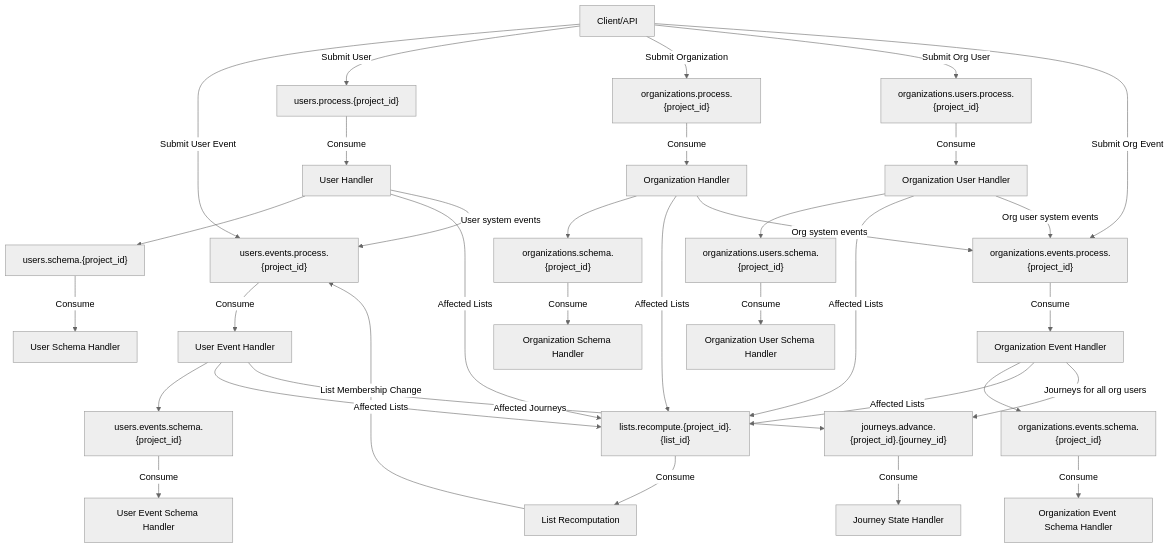
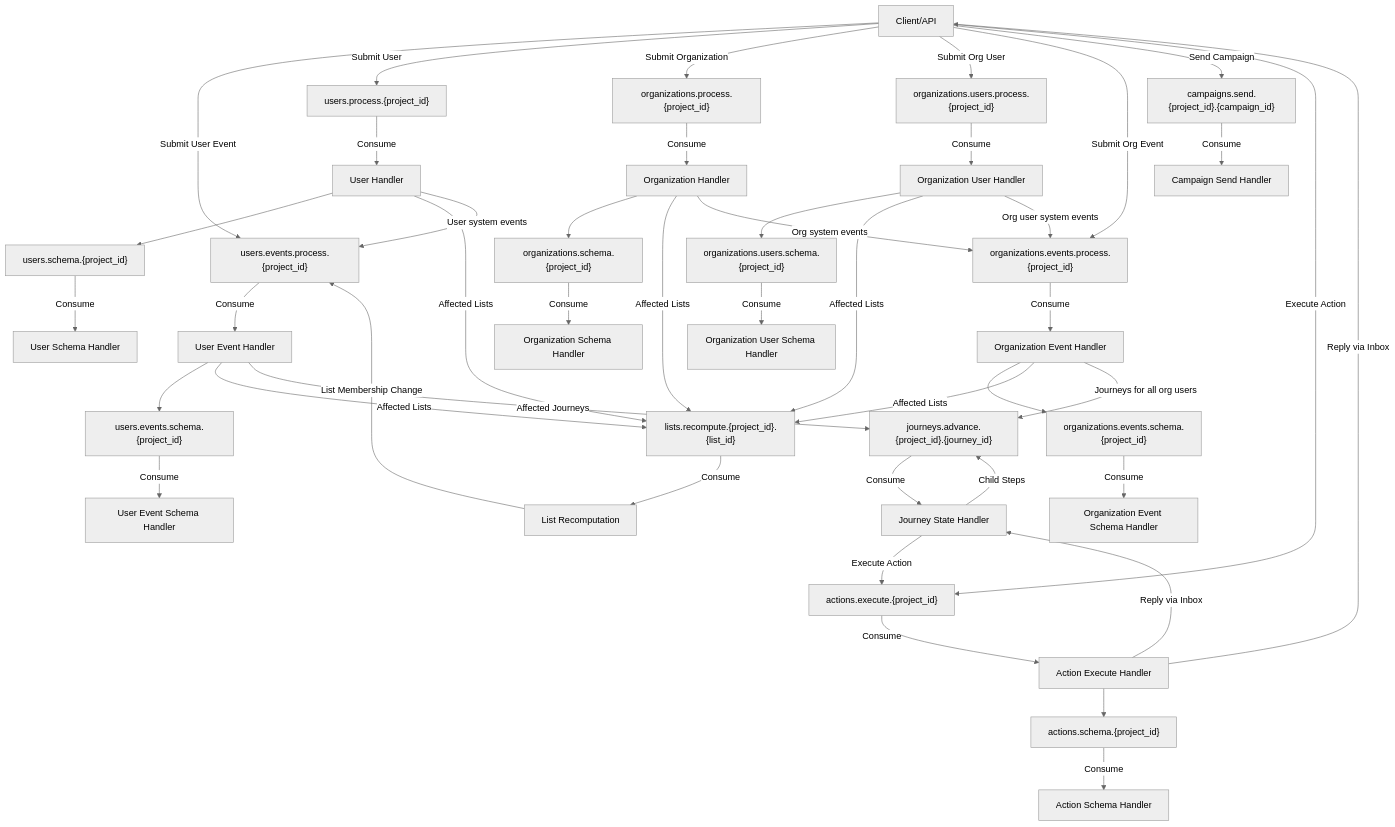
One commit to lunogram/platform changed the diagram in internal/pubsub/README.md. Above: the diagram before and after it, drawn with Mermaid (neutral theme). The commit also changed 83 other files, not shown here.

Commit message:
feat: include action execution and schema analysis

````diff
--- a/internal/pubsub/README.md
+++ b/internal/pubsub/README.md
@@ -11,51 +11,65 @@
 ```mermaid
 graph TB
     Client[Client/API] -->|Submit User Event| EventSubject["users.events.process.{project_id}"]
     Client -->|Submit User| UserSubject["users.process.{project_id}"]
     Client -->|Submit Organization| OrgSubject["organizations.process.{project_id}"]
     Client -->|Submit Org User| OrgUserSubject["organizations.users.process.{project_id}"]
     Client -->|Submit Org Event| OrgEventSubject["organizations.events.process.{project_id}"]
+    Client -->|Send Campaign| CampaignSubject["campaigns.send.{project_id}.{campaign_id}"]
+    Client -->|Execute Action| ActionSubject["actions.execute.{project_id}"]
 
     EventSubject -->|Consume| EventHandler["User Event Handler"]
     UserSubject -->|Consume| UserHandler["User Handler"]
     OrgSubject -->|Consume| OrgHandler["Organization Handler"]
     OrgUserSubject -->|Consume| OrgUserHandler["Organization User Handler"]
     OrgEventSubject -->|Consume| OrgEventHandler["Organization Event Handler"]
+    CampaignSubject -->|Consume| CampaignHandler["Campaign Send Handler"]
+    ActionSubject -->|Consume| ActionHandler["Action Execute Handler"]
 
     %% Schema publishing
     EventHandler --> EventSchemaSubject["users.events.schema.{project_id}"]
     UserHandler --> UserSchemaSubject["users.schema.{project_id}"]
     OrgHandler --> OrgSchemaSubject["organizations.schema.{project_id}"]
     OrgUserHandler --> OrgUserSchemaSubject["organizations.users.schema.{project_id}"]
     OrgEventHandler --> OrgEventSchemaSubject["organizations.events.schema.{project_id}"]
 
     %% Recompute triggers from user events
     EventHandler -->|Affected Lists| ListSubject["lists.recompute.{project_id}.{list_id}"]
     EventHandler -->|Affected Journeys| JourneySubject["journeys.advance.{project_id}.{journey_id}"]
 
     %% Recompute triggers from users
     UserHandler -->|Affected Lists| ListSubject
     UserHandler -->|User system events| EventSubject
 
     %% Recompute triggers from organizations
     OrgHandler -->|Affected Lists| ListSubject
     OrgHandler -->|Org system events| OrgEventSubject
     OrgUserHandler -->|Affected Lists| ListSubject
     OrgUserHandler -->|Org user system events| OrgEventSubject
 
     %% Recompute triggers from organization events
     OrgEventHandler -->|Affected Lists| ListSubject
     OrgEventHandler -->|Journeys for all org users| JourneySubject
 
     %% Schema handlers
     EventSchemaSubject -->|Consume| EventSchemaHandler["User Event Schema Handler"]
     UserSchemaSubject -->|Consume| UserSchemaHandler["User Schema Handler"]
     OrgSchemaSubject -->|Consume| OrgSchemaHandler["Organization Schema Handler"]
     OrgUserSchemaSubject -->|Consume| OrgUserSchemaHandler["Organization User Schema Handler"]
     OrgEventSchemaSubject -->|Consume| OrgEventSchemaHandler["Organization Event Schema Handler"]
 
+    %% Action schema publishing
+    ActionHandler --> ActionSchemaSubject["actions.schema.{project_id}"]
+    ActionSchemaSubject -->|Consume| ActionSchemaHandler["Action Schema Handler"]
+
     ListSubject -->|Consume| ListRecompute["List Recomputation"]
     JourneySubject -->|Consume| JourneyState["Journey State Handler"]
 
+    %% Journey self-advancement and action execution
+    JourneyState -->|Child Steps| JourneySubject
+    JourneyState -->|Execute Action| ActionSubject
+    ActionHandler -->|Reply via Inbox| JourneyState
+    ActionHandler -->|Reply via Inbox| Client
+
     ListRecompute -->|List Membership Change| EventSubject
 ```
````
